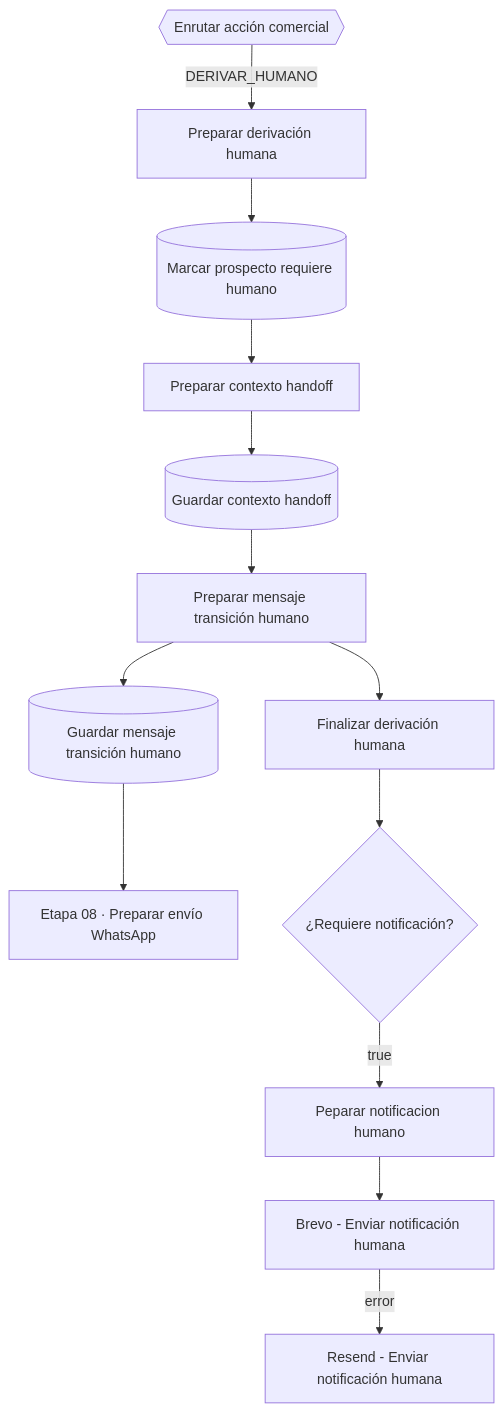
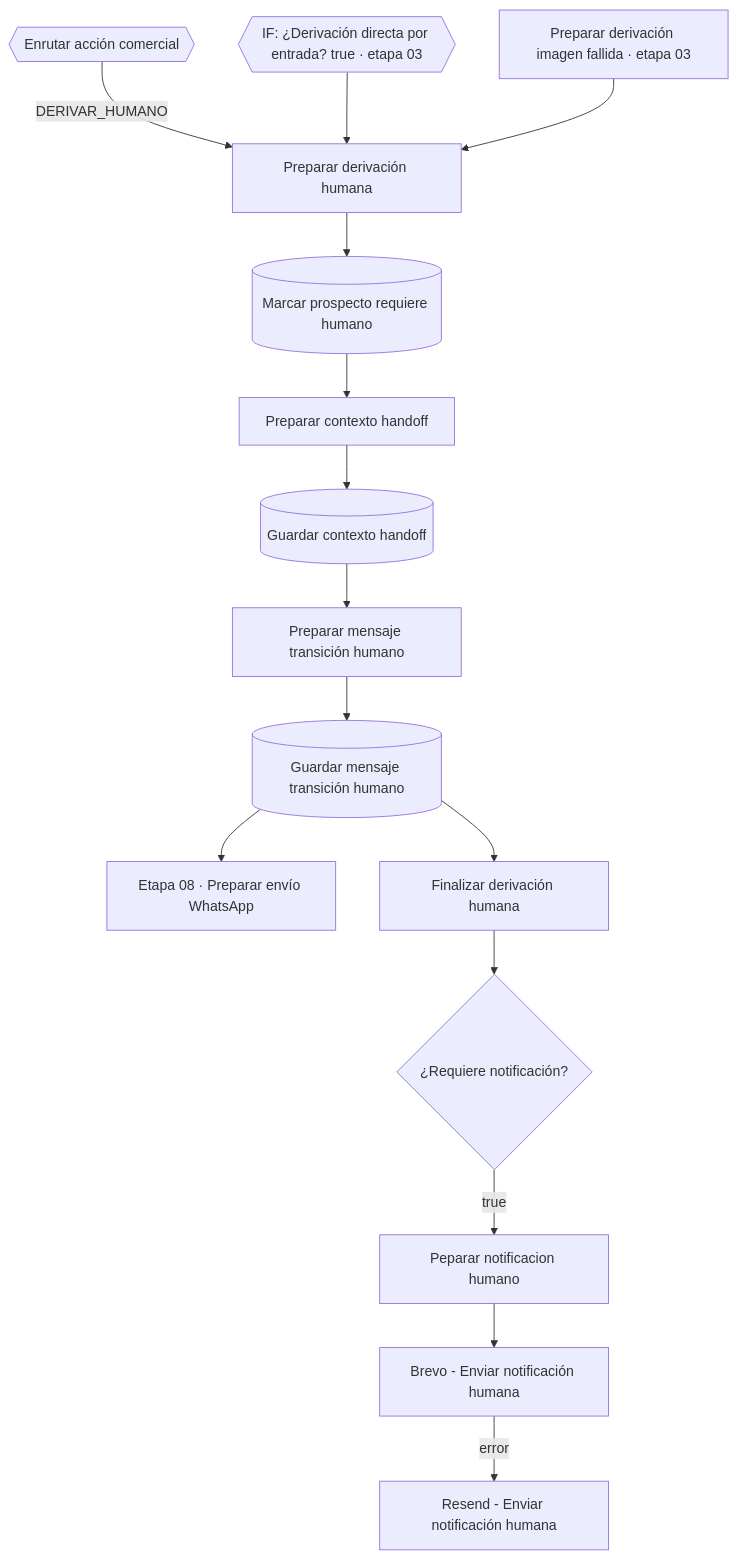
The diagram in docs/etapas/06-derivacion-humana.md (Theborycuas/pegaso-n8n), drawn with Mermaid before and after one commit. The commit also changed other lines of this file and 80 other files, not shown here.

````diff
--- a/docs/etapas/06-derivacion-humana.md
+++ b/docs/etapas/06-derivacion-humana.md
@@ -5,15 +5,17 @@
 ```mermaid
 flowchart TD
     S{{Enrutar acción comercial}} -->|DERIVAR_HUMANO| P[Preparar derivación humana]
+    IF{{"IF: ¿Derivación directa por entrada?" true · etapa 03}} --> P
+    PDF[Preparar derivación imagen fallida · etapa 03] --> P
     P --> M[(Marcar prospecto requiere humano)]
     M --> C[Preparar contexto handoff]
     C --> GC[(Guardar contexto handoff)]
     GC --> T[Preparar mensaje transición humano]
     T --> GM[(Guardar mensaje transición humano)]
     GM --> W[Etapa 08 · Preparar envío WhatsApp]
-    T --> F[Finalizar derivación humana]
+    GM --> F[Finalizar derivación humana]
     F --> Q{¿Requiere notificación?}
     Q -->|true| N[Peparar notificacion humano]
     N --> B[Brevo - Enviar notificación humana]
     B -->|error| R[Resend - Enviar notificación humana]
 ```
````
